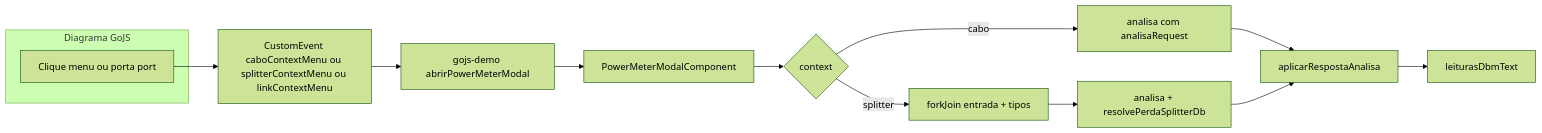
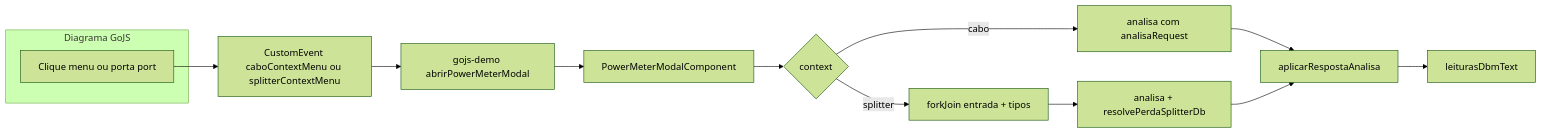
One commit to HernandesVGarcia/FRONTEND_GERAL_3003 changed the diagram in src/assets/documentação/solucao-power-meter.md. Above: the diagram before and after it, drawn with Mermaid (forest theme). The commit also changed other lines of this file and 26 other files, not shown here.

````diff
--- a/src/assets/documentação/solucao-power-meter.md
+++ b/src/assets/documentação/solucao-power-meter.md
@@ -132,16 +129,16 @@
 ```mermaid
 flowchart LR
   subgraph ui [Diagrama GoJS]
     A[Clique menu ou porta port]
   end
-  A --> B[CustomEvent caboContextMenu ou splitterContextMenu ou linkContextMenu]
+  A --> B[CustomEvent caboContextMenu ou splitterContextMenu]
   B --> C[gojs-demo abrirPowerMeterModal]
   C --> D[PowerMeterModalComponent]
   D --> E{context}
   E -->|cabo| F[analisa com analisaRequest]
   E -->|splitter| G[forkJoin entrada + tipos]
   G --> H[analisa + resolvePerdaSplitterDb]
   F --> I[aplicarRespostaAnalisa]
   H --> I
   I --> J[leiturasDbmText]
 ```
````
